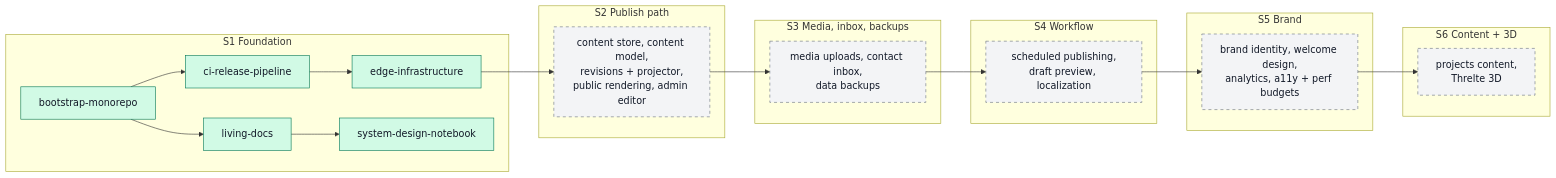
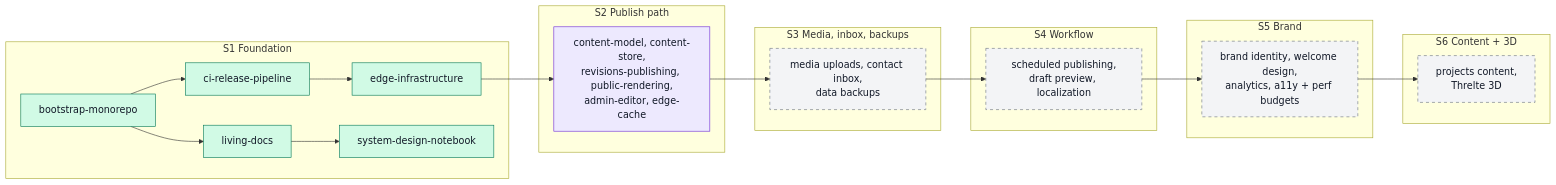
The diagram in docs/ROADMAP.md (ycmcuenca/ycmcuenca-core), drawn with Mermaid before and after one commit. The commit also changed other lines of this file, not shown here.

First line of the commit message:
docs(roadmap): turn the Sprint 2 change list into a status table

````diff
--- a/docs/ROADMAP.md
+++ b/docs/ROADMAP.md
@@ -37,35 +37,35 @@
 ```mermaid
 flowchart LR
     subgraph S1["S1 Foundation"]
         bootstrap["bootstrap-monorepo"]:::archived
         ci["ci-release-pipeline"]:::archived
         edge["edge-infrastructure"]:::archived
         docs["living-docs"]:::archived
         notebook["system-design-notebook"]:::archived
     end
     subgraph S2["S2 Publish path"]
-        s2["content store, content model,<br/>revisions + projector,<br/>public rendering, admin editor"]:::planned
+        s2["content-model, content-store,<br/>revisions-publishing, public-rendering,<br/>admin-editor, edge-cache"]:::proposed
     end
     subgraph S3["S3 Media, inbox, backups"]
         s3["media uploads, contact inbox,<br/>data backups"]:::planned
     end
     subgraph S4["S4 Workflow"]
         s4["scheduled publishing,<br/>draft preview, localization"]:::planned
     end
     subgraph S5["S5 Brand"]
         s5["brand identity, welcome design,<br/>analytics, a11y + perf budgets"]:::planned
     end
     subgraph S6["S6 Content + 3D"]
         s6["projects content,<br/>Threlte 3D"]:::planned
     end
 
     bootstrap --> ci --> edge
     bootstrap --> docs --> notebook
     edge --> s2 --> s3 --> s4 --> s5 --> s6
 
     classDef archived fill:#d1fae5,stroke:#047857,color:#111827
     classDef merged fill:#dbeafe,stroke:#1d4ed8,color:#111827
     classDef inProgress fill:#fef3c7,stroke:#b45309,color:#111827
     classDef proposed fill:#ede9fe,stroke:#6d28d9,color:#111827
     classDef planned fill:#f3f4f6,stroke:#6b7280,color:#111827,stroke-dasharray:5 5
 ```
````
